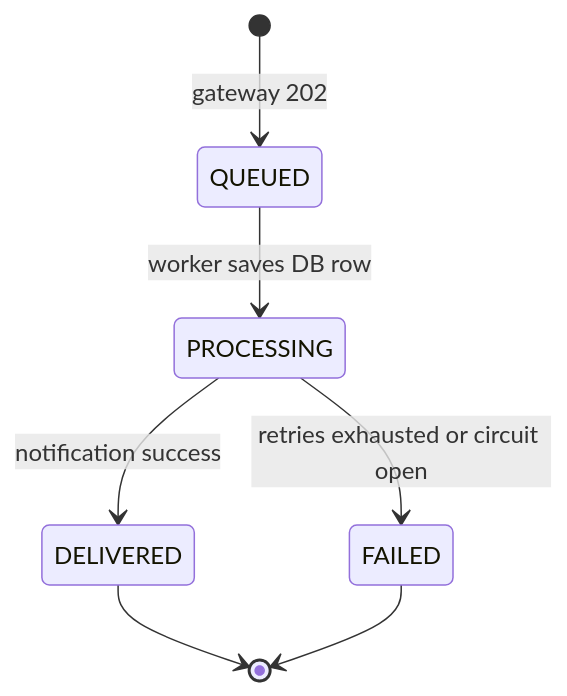
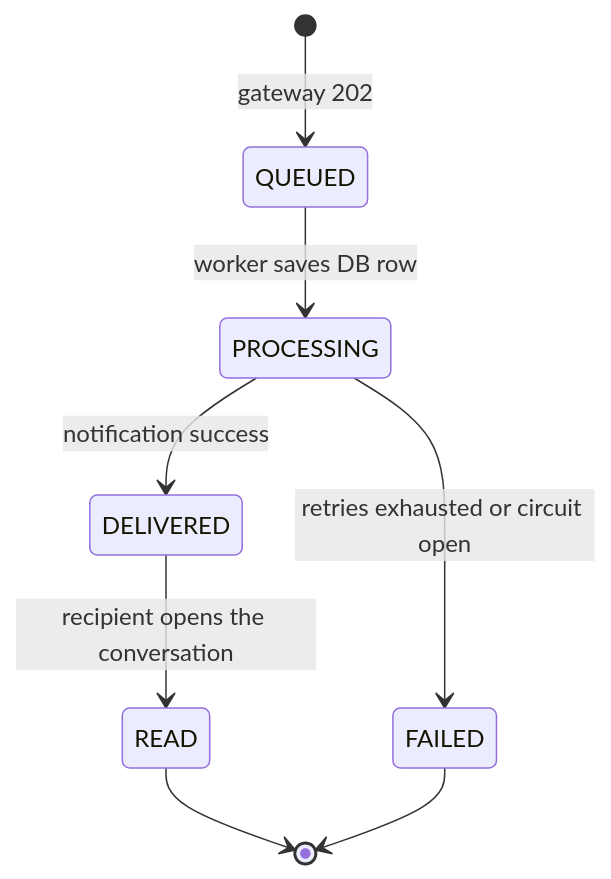
One commit to matangvirja/Pinghub changed the sixth of 8 diagrams in docs/architecture.md. Above: the diagram before and after it, drawn with Mermaid. The commit also changed other lines of this file and 16 other files, not shown here.

````diff
--- a/docs/architecture.md
+++ b/docs/architecture.md
@@ -109,9 +200,10 @@
 ```mermaid
 stateDiagram-v2
     [*] --> QUEUED: gateway 202
     QUEUED --> PROCESSING: worker saves DB row
     PROCESSING --> DELIVERED: notification success
     PROCESSING --> FAILED: retries exhausted or circuit open
-    DELIVERED --> [*]
+    DELIVERED --> READ: recipient opens the conversation
+    READ --> [*]
     FAILED --> [*]
 ```
````
